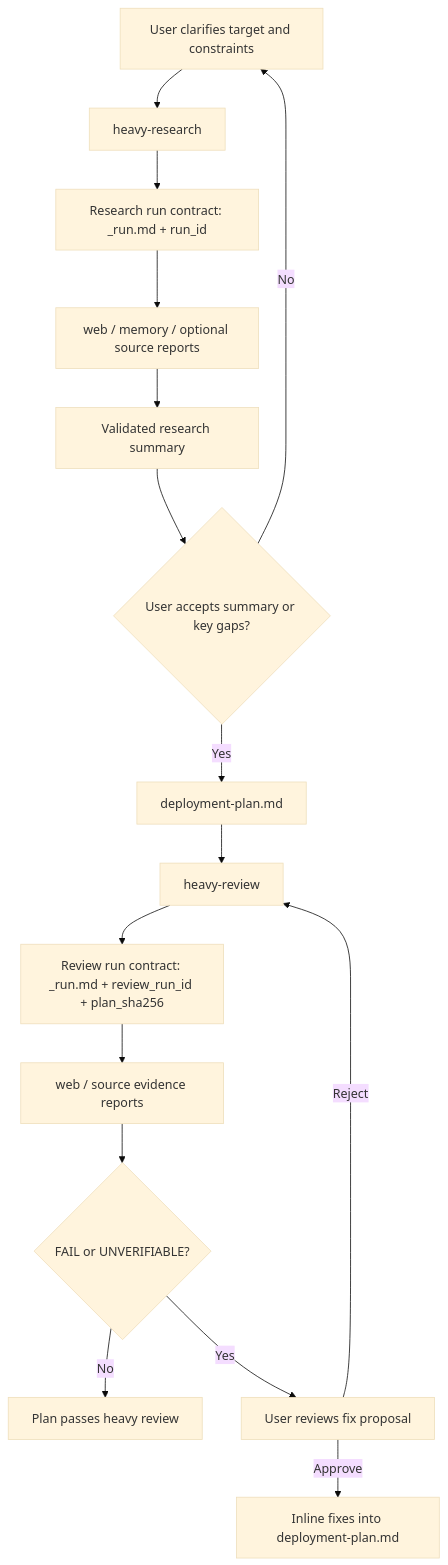
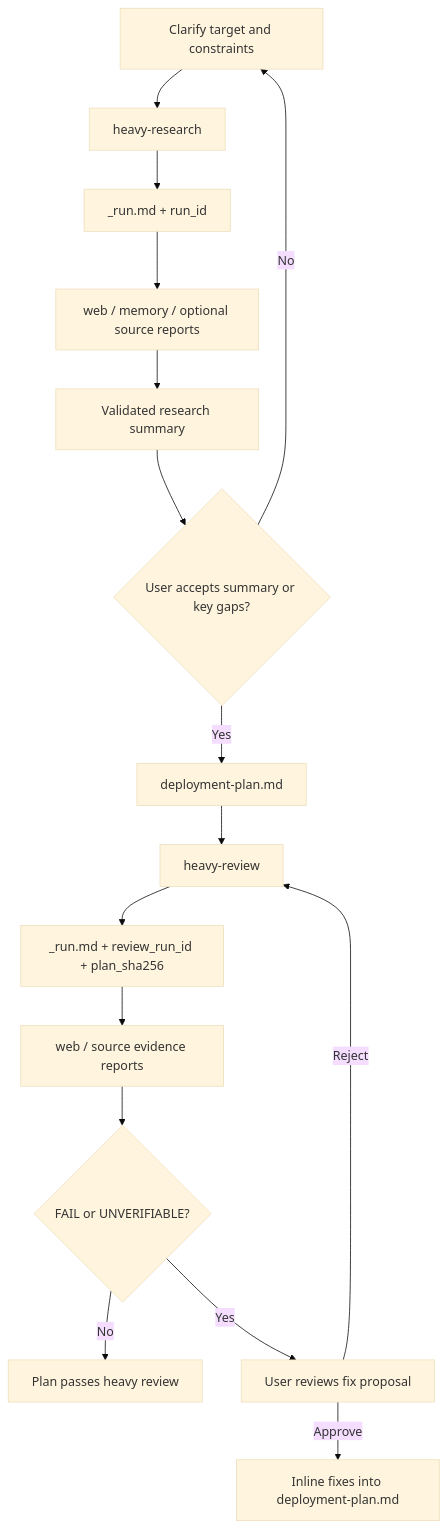
The diagram in projects/agent-workflows/README.md (kevinlasnh/sharing-studio), drawn with Mermaid (base theme) before and after one commit. The commit also changed other lines of this file and 7 other files, not shown here.

````diff
--- a/projects/agent-workflows/README.md
+++ b/projects/agent-workflows/README.md
@@ -30,18 +40,18 @@
 ```mermaid
 flowchart TD
-  A[User clarifies target and constraints] --> B[heavy-research]
-  B --> C[Research run contract: _run.md + run_id]
+  A[Clarify target and constraints] --> B[heavy-research]
+  B --> C[_run.md + run_id]
   C --> D[web / memory / optional source reports]
   D --> E[Validated research summary]
   E --> F{User accepts summary or key gaps?}
   F -->|No| A
   F -->|Yes| G[deployment-plan.md]
   G --> H[heavy-review]
-  H --> I[Review run contract: _run.md + review_run_id + plan_sha256]
+  H --> I[_run.md + review_run_id + plan_sha256]
   I --> J[web / source evidence reports]
   J --> K{FAIL or UNVERIFIABLE?}
   K -->|No| L[Plan passes heavy review]
   K -->|Yes| M[User reviews fix proposal]
   M -->|Reject| H
   M -->|Approve| N[Inline fixes into deployment-plan.md]
 ```
````
